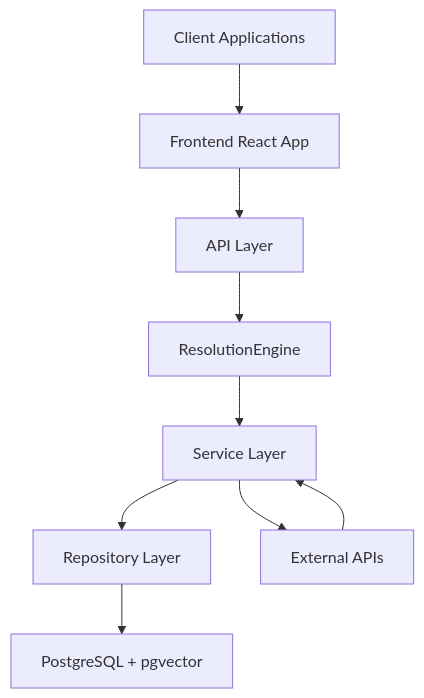
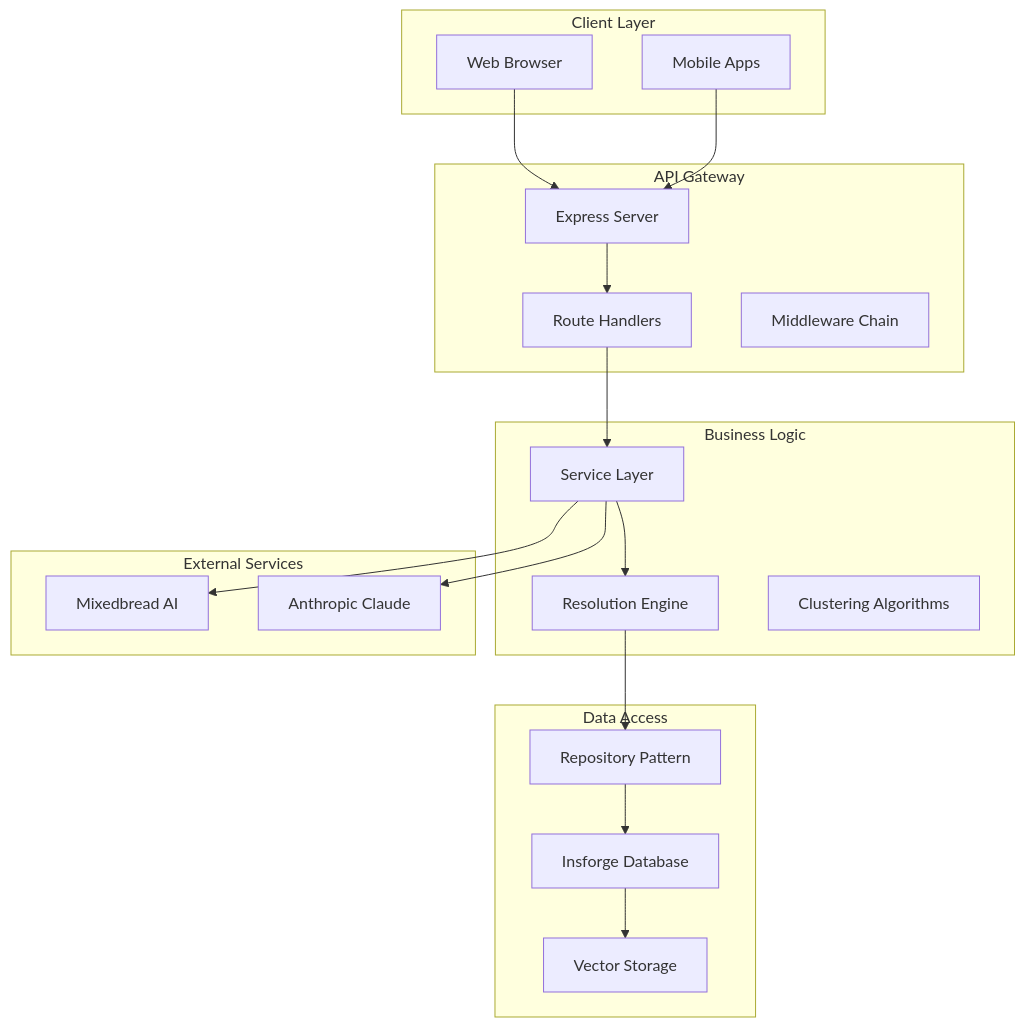
The second of 2 diagrams in .qoder/repowiki/en/content/Architecture Overview.md (vishnusaibhosekar/ares), drawn with Mermaid before and after one commit. The commit also changed other lines of this file and 12 other files, not shown here.

````diff
--- a/.qoder/repowiki/en/content/Architecture Overview.md
+++ b/.qoder/repowiki/en/content/Architecture Overview.md
@@ -643,19 +128,36 @@
 ```mermaid
 graph TB
-Client["Client Applications"]
-Frontend["Frontend React App"]
-API["API Layer"]
-Engine["ResolutionEngine"]
+subgraph "Client Layer"
+Browser["Web Browser"]
+Mobile["Mobile Apps"]
+end
+subgraph "API Gateway"
+Express["Express Server"]
+Routes["Route Handlers"]
+Middleware["Middleware Chain"]
+end
+subgraph "Business Logic"
 Services["Service Layer"]
-Repositories["Repository Layer"]
-Database["PostgreSQL + pgvector"]
-External["External APIs"]
-Client --> Frontend
-Frontend --> API
-API --> Engine
-Engine --> Services
-Services --> Repositories
+Orchestrator["Resolution Engine"]
+Algorithms["Clustering Algorithms"]
+end
+subgraph "Data Access"
+Repositories["Repository Pattern"]
+Database["Insforge Database"]
+Vectors["Vector Storage"]
+end
+subgraph "External Services"
+EmbedAPI["Mixedbread AI"]
+LLM["Anthropic Claude"]
+end
+Browser --> Express
+Mobile --> Express
+Express --> Routes
+Routes --> Services
+Services --> Orchestrator
+Orchestrator --> Repositories
 Repositories --> Database
-Services --> External
-External --> Services
+Services --> EmbedAPI
+Services --> LLM
+Database --> Vectors
 ```
````
